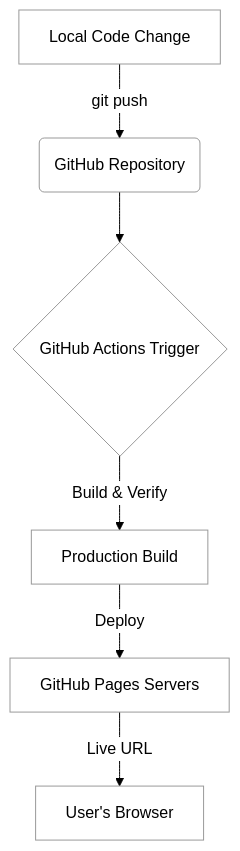
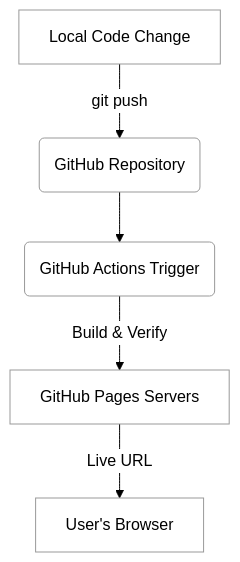
The second of 2 diagrams in instruction/github-pages/github-pages.md (webprogramming260/webprogramming), drawn with Mermaid before and after one commit. The commit also changed other lines of this file, not shown here.

Commit message:
Lee Jensen - update(GitHub Pages)

````diff
--- a/instruction/github-pages/github-pages.md
+++ b/instruction/github-pages/github-pages.md
@@ -48,9 +69,8 @@
 ```mermaid
 %%{init: { 'theme': 'neutral', 'themeVariables': { 'mainBkg': '#ffffff', 'lineColor': '#000000', 'primaryTextColor': '#000000', 'actorBorder': '#000000', 'participantBorder': '#000000', 'noteBorderColor': '#000000' } }}%%
 graph TD
     A[Local Code Change] -->|git push| B(GitHub Repository)
-    B --> C{GitHub Actions Trigger}
-    C -->|Build & Verify| D[Production Build]
-    D -->|Deploy| E[GitHub Pages Servers]
+    B --> C(GitHub Actions Trigger)
+    C -->|Build & Verify| E[GitHub Pages Servers]
     E -->|Live URL| F[User's Browser]
 ```
````
